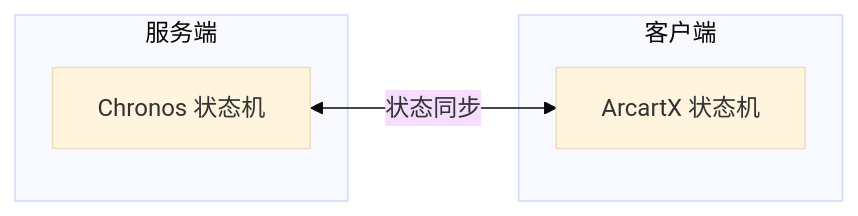
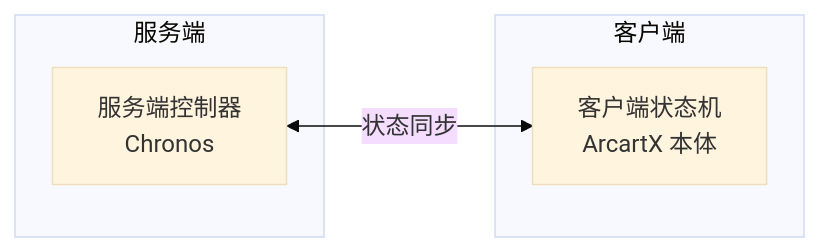
One commit to 17Artist/ArcartX-Wiki changed the diagram in content/docs/chronos/2_setup.mdx. Above: the diagram before and after it, drawn with Mermaid (base theme). The commit also changed other lines of this file and 26 other files, not shown here.

````diff
--- a/content/docs/chronos/2_setup.mdx
+++ b/content/docs/chronos/2_setup.mdx
@@ -22,12 +18,10 @@
 ```mermaid
 flowchart LR
     subgraph Server["服务端"]
-        S["Chronos 状态机"]
+        S["服务端控制器<br/>Chronos"]
     end
-    
     subgraph Client["客户端"]
-        C["ArcartX 状态机"]
+        C["客户端状态机<br/>ArcartX 本体"]
     end
-    
     S <-->|"状态同步"| C
 ```
````
